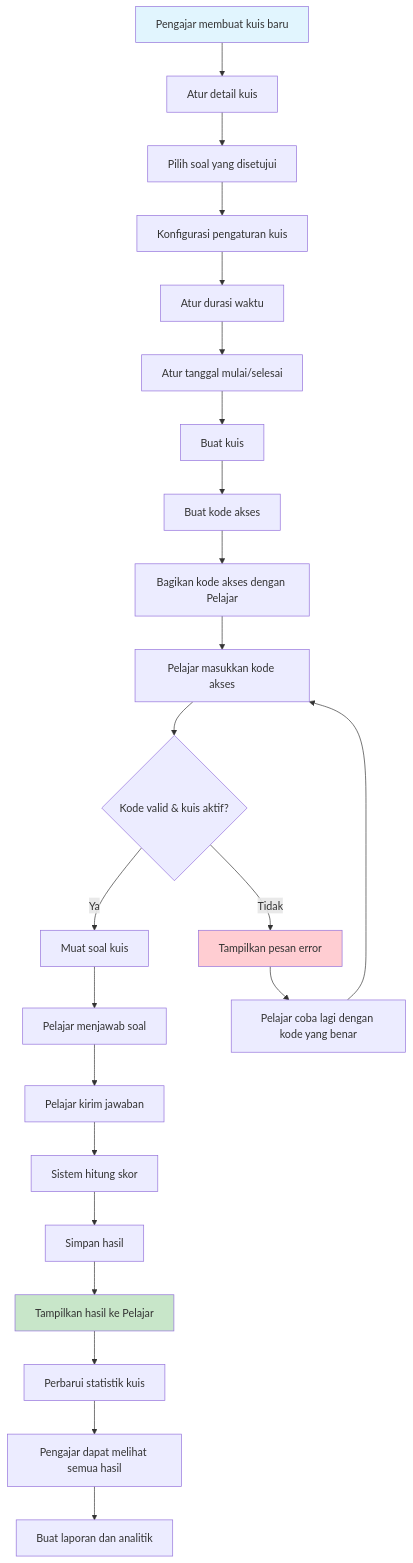
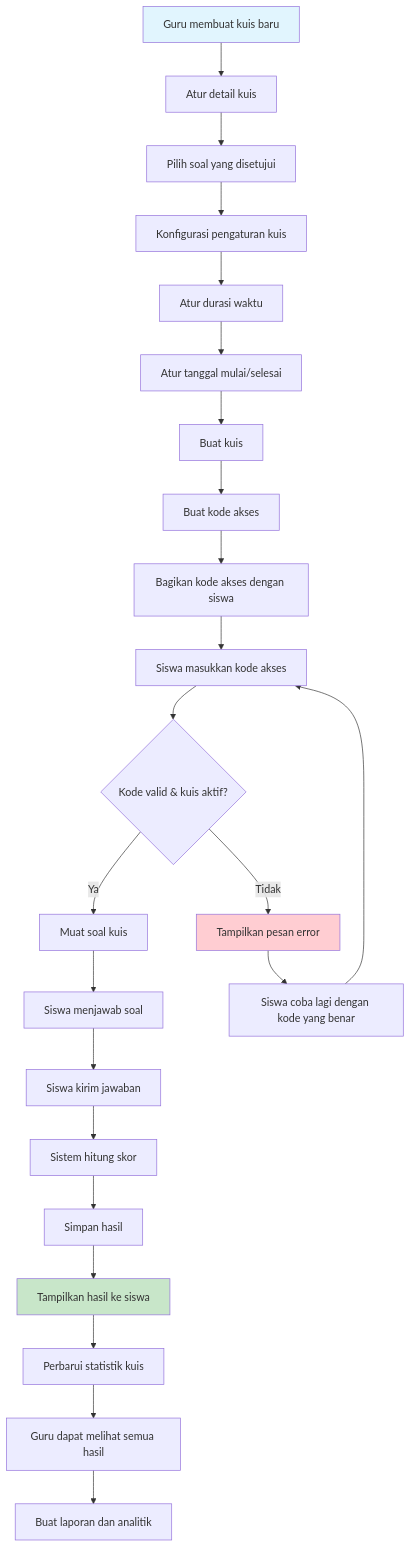
The third of 8 diagrams in activity-diagrams.md (jonito2005/exam-expert-ai-docs), drawn with Mermaid before and after one commit. The commit also changed other lines of this file and 4 other files, not shown here.

````diff
--- a/activity-diagrams.md
+++ b/activity-diagrams.md
@@ -76,34 +88,34 @@
 ```mermaid
 flowchart TD
-    A[Pengajar membuat kuis baru] --> B[Atur detail kuis]
+    A[Guru membuat kuis baru] --> B[Atur detail kuis]
     B --> C[Pilih soal yang disetujui]
     C --> D[Konfigurasi pengaturan kuis]
     D --> E[Atur durasi waktu]
     E --> F[Atur tanggal mulai/selesai]
     F --> G[Buat kuis]
     G --> H[Buat kode akses]
-    H --> I[Bagikan kode akses dengan Pelajar]
+    H --> I[Bagikan kode akses dengan siswa]
     
-    I --> J[Pelajar masukkan kode akses]
+    I --> J[Siswa masukkan kode akses]
     J --> K{Kode valid & kuis aktif?}
     
     K -->|Tidak| L[Tampilkan pesan error]
     K -->|Ya| M[Muat soal kuis]
     
-    M --> N[Pelajar menjawab soal]
-    N --> O[Pelajar kirim jawaban]
+    M --> N[Siswa menjawab soal]
+    N --> O[Siswa kirim jawaban]
     O --> P[Sistem hitung skor]
     P --> Q[Simpan hasil]
-    Q --> R[Tampilkan hasil ke Pelajar]
+    Q --> R[Tampilkan hasil ke siswa]
     R --> S[Perbarui statistik kuis]
     
-    S --> T[Pengajar dapat melihat semua hasil]
+    S --> T[Guru dapat melihat semua hasil]
     T --> U[Buat laporan dan analitik]
     
-    L --> V[Pelajar coba lagi dengan kode yang benar]
+    L --> V[Siswa coba lagi dengan kode yang benar]
     V --> J
     
     style A fill:#e1f5fe
     style R fill:#c8e6c9
     style L fill:#ffcdd2
 ```
````
